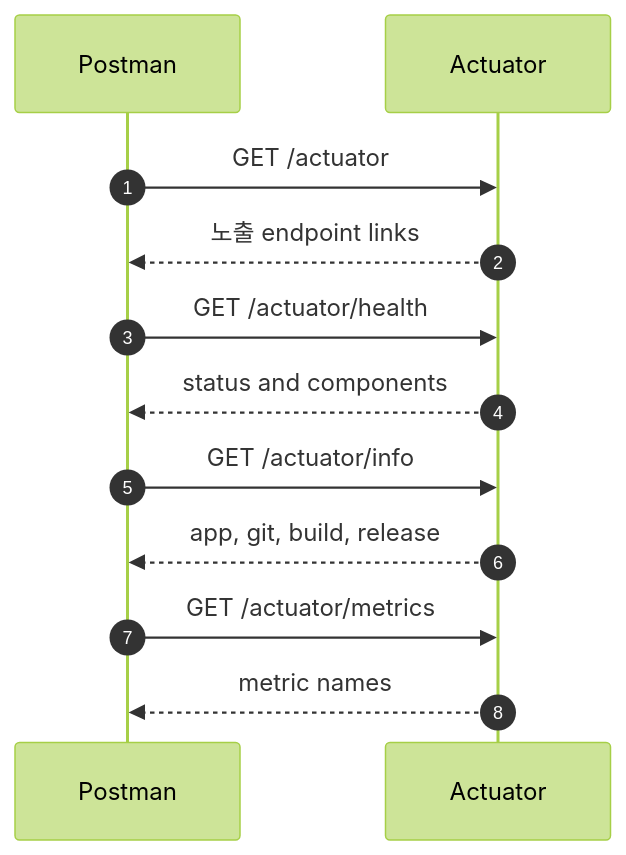
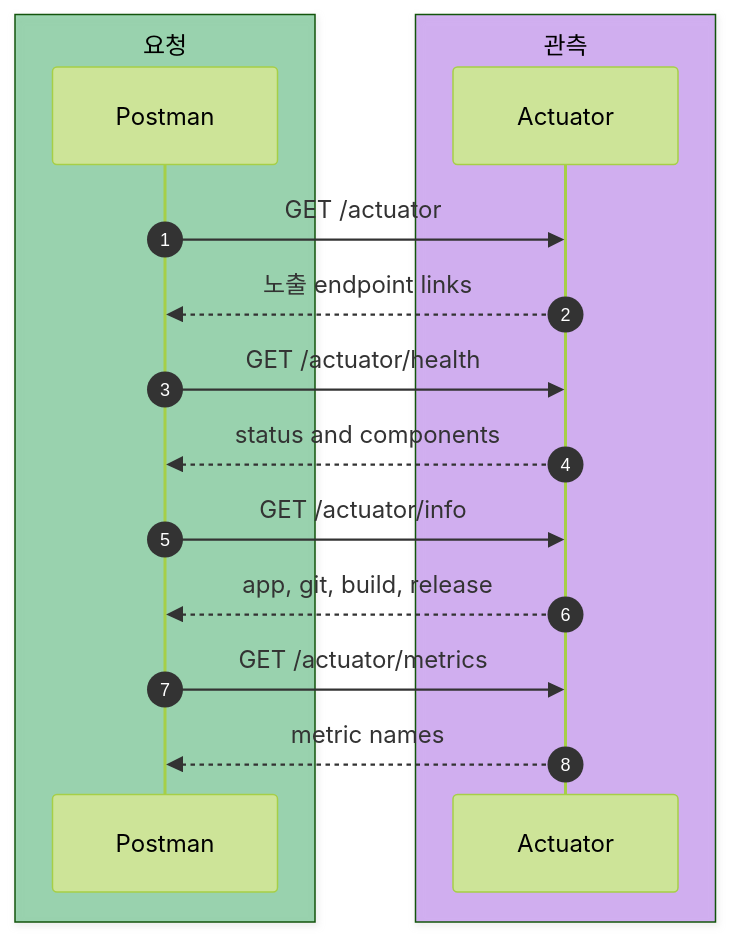
One commit to HJC96/deep-dive changed the first of 13 diagrams in labs/spring-boot-actuator/README.md. Above: the diagram before and after it, drawn with Mermaid (forest theme). The commit also changed other lines of this file and 4 other files, not shown here.

````diff
--- a/labs/spring-boot-actuator/README.md
+++ b/labs/spring-boot-actuator/README.md
@@ -259,15 +259,21 @@
 ```mermaid
 sequenceDiagram
     autonumber
+
+    box rgba(22, 163, 74, 0.40) 요청
     participant Postman
+    end
+
+    box rgba(147, 51, 234, 0.35) 관측
     participant Actuator
+    end
 
     Postman->>Actuator: GET /actuator
     Actuator-->>Postman: 노출 endpoint links
     Postman->>Actuator: GET /actuator/health
     Actuator-->>Postman: status and components
     Postman->>Actuator: GET /actuator/info
     Actuator-->>Postman: app, git, build, release
     Postman->>Actuator: GET /actuator/metrics
     Actuator-->>Postman: metric names
 ```
````
